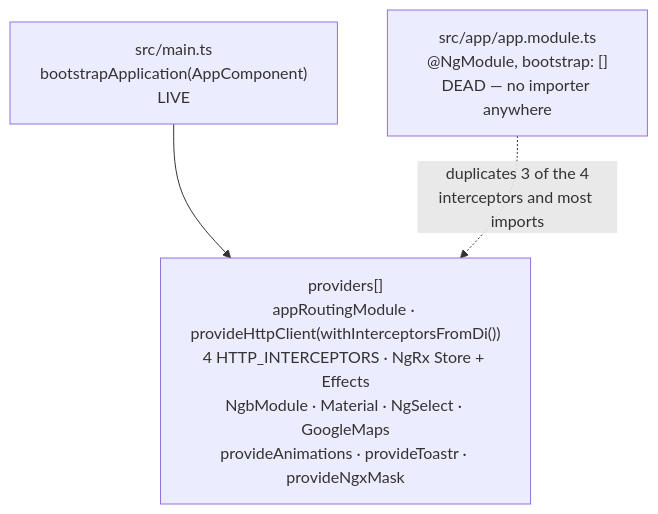
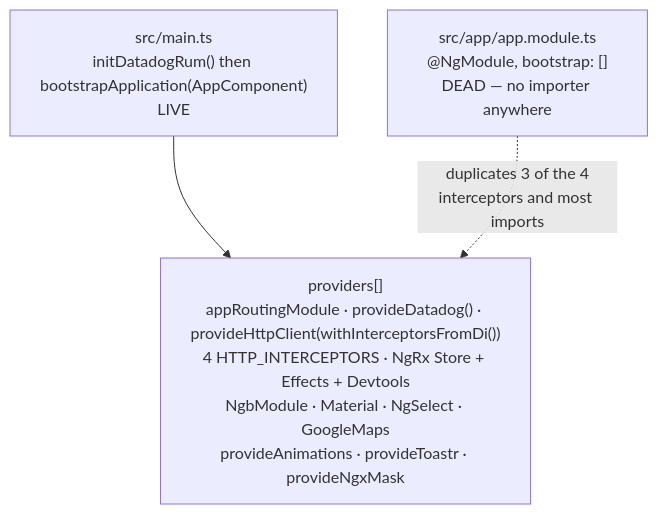
The first of 5 diagrams in docs/architecture-diagrams/09-spa-shell-navigation-deep-dive-diagrams.md (hemsingh-3PG/sai-systems-AIRE), drawn with Mermaid before and after one commit. The commit also changed other lines of this file and 285 other files, not shown here.

````diff
--- a/docs/architecture-diagrams/09-spa-shell-navigation-deep-dive-diagrams.md
+++ b/docs/architecture-diagrams/09-spa-shell-navigation-deep-dive-diagrams.md
@@ -14,5 +12,5 @@
 ```mermaid
 flowchart TB
-  M["src/main.ts<br/>bootstrapApplication(AppComponent)<br/>LIVE"] --> P["providers[]<br/>appRoutingModule · provideHttpClient(withInterceptorsFromDi())<br/>4 HTTP_INTERCEPTORS · NgRx Store + Effects<br/>NgbModule · Material · NgSelect · GoogleMaps<br/>provideAnimations · provideToastr · provideNgxMask"]
+  M["src/main.ts<br/>initDatadogRum() then bootstrapApplication(AppComponent)<br/>LIVE"] --> P["providers[]<br/>appRoutingModule · provideDatadog() · provideHttpClient(withInterceptorsFromDi())<br/>4 HTTP_INTERCEPTORS · NgRx Store + Effects + Devtools<br/>NgbModule · Material · NgSelect · GoogleMaps<br/>provideAnimations · provideToastr · provideNgxMask"]
   AM["src/app/app.module.ts<br/>@NgModule, bootstrap: []<br/>DEAD — no importer anywhere"] -.->|"duplicates 3 of the 4<br/>interceptors and most imports"| P
 ```
````
